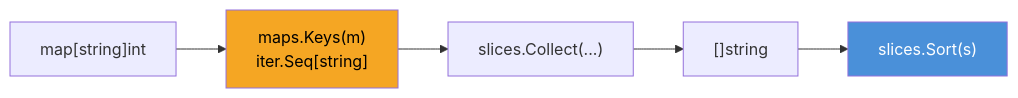
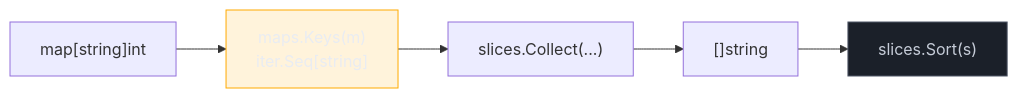
The third of 3 diagrams in 03-Dominios/Tecnologia/Go/05 - Coleções e dados/07 - Ordenação e busca com slices e sort.md (josenaldo/codex-technomanticus), drawn with Mermaid before and after one commit. The commit also changed other lines of this file and 1181 other files, not shown here.

First line of the commit message:
fix(diagramas): paleta do sistema no lugar de cor cravada no markdown

````diff
--- a/03-Dominios/Tecnologia/Go/05 - Coleções e dados/07 - Ordenação e busca com slices e sort.md
+++ b/03-Dominios/Tecnologia/Go/05 - Coleções e dados/07 - Ordenação e busca com slices e sort.md
@@ -263,10 +267,12 @@
 ```mermaid
 flowchart LR
+    classDef destaque fill:#FFAA0024,stroke:#FFAA00,color:#E9ECF2
+    classDef neutro fill:#1B2029,stroke:#4E5666,color:#C6CCD8
     M["map[string]int"] --> K["maps.Keys(m)\niter.Seq[string]"]
     K --> C["slices.Collect(...)"]
     C --> S["[]string"]
     S --> SORT["slices.Sort(s)"]
 
-    style K fill:#F5A623,color:#000
-    style SORT fill:#4A90D9,color:#fff
+    class K destaque
+    class SORT neutro
 ```
````
